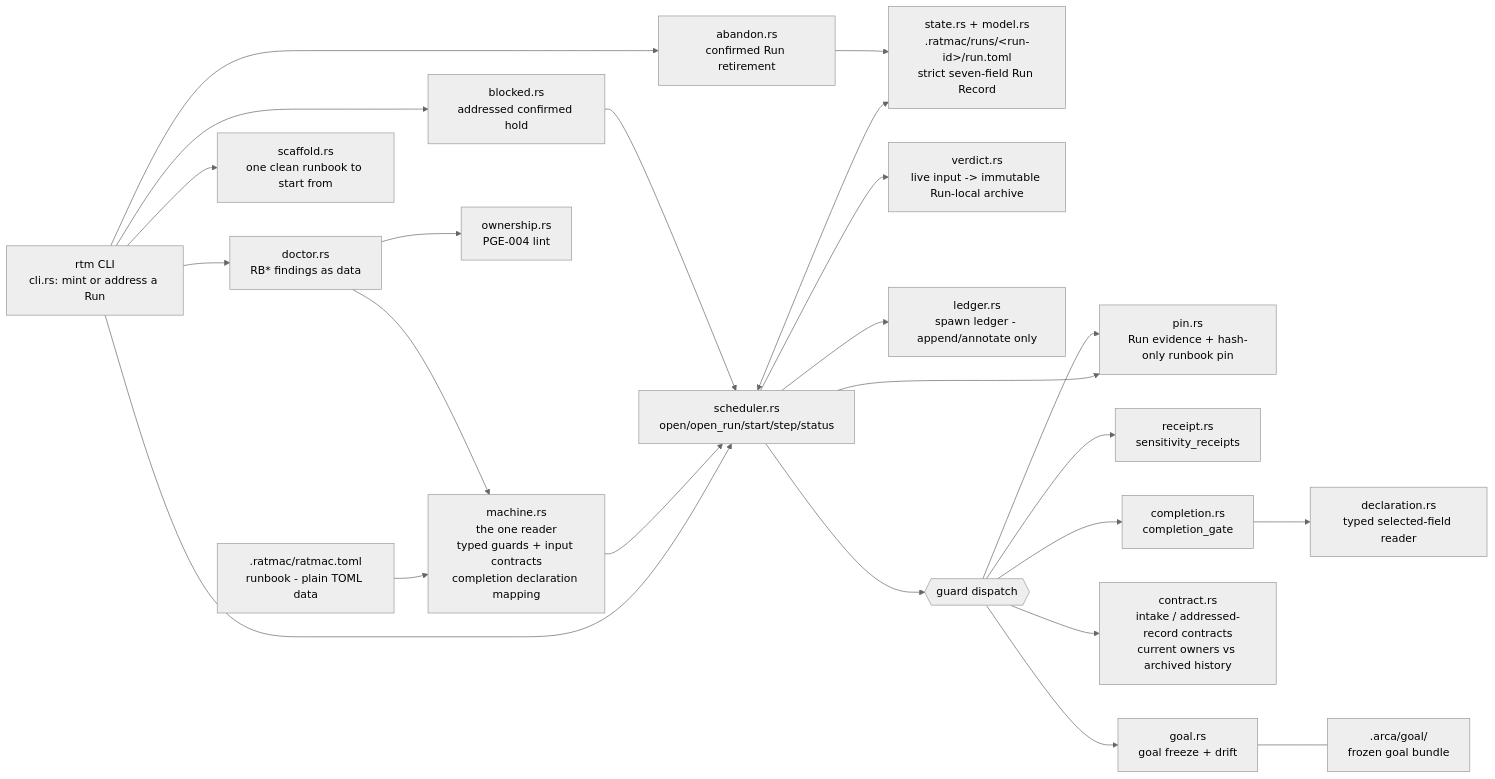
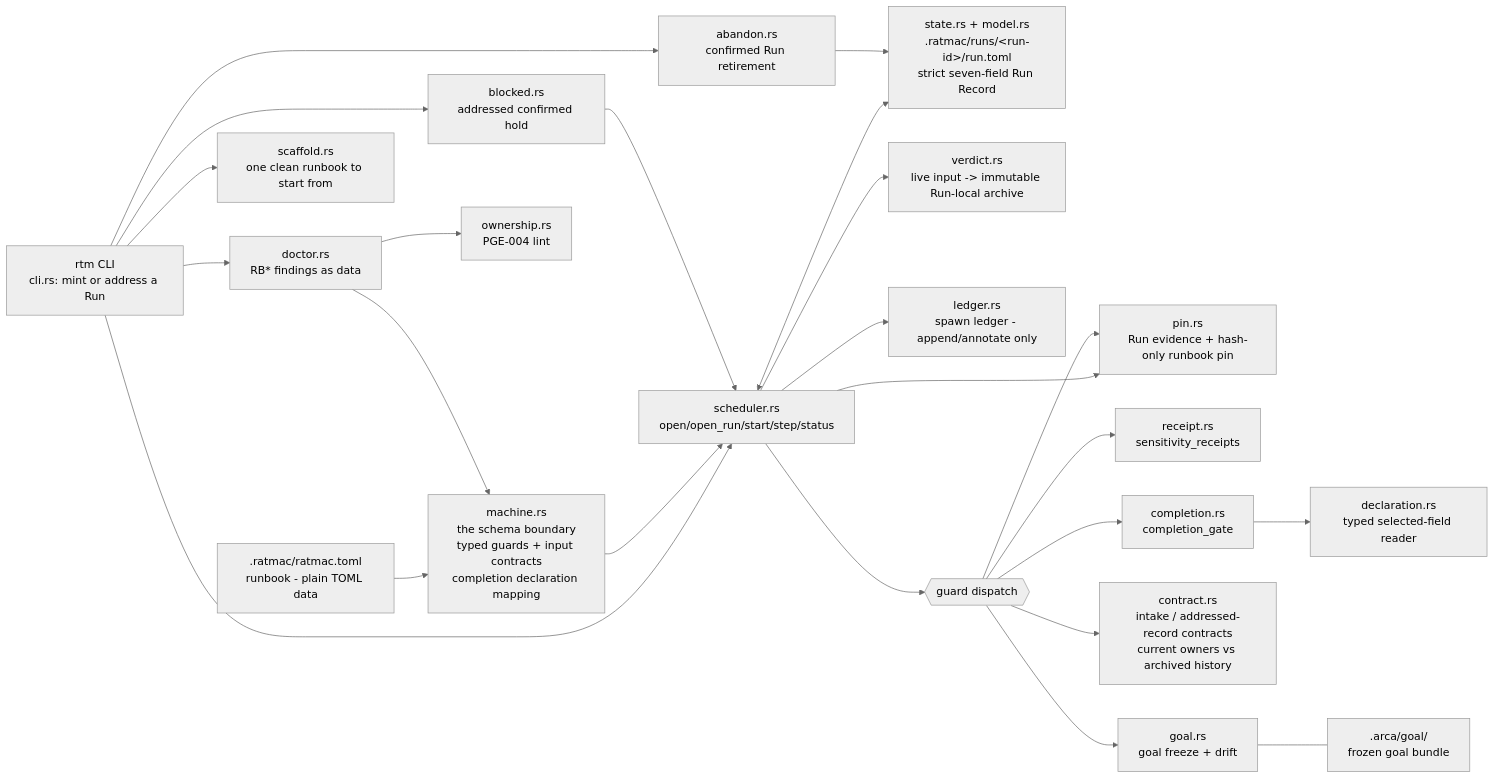
The diagram in .arca/index.md (egoisth777/ratmac), drawn with Mermaid (neutral theme) before and after one commit. The commit also changed other lines of this file and 92 other files, not shown here.

````diff
--- a/.arca/index.md
+++ b/.arca/index.md
@@ -58,26 +58,26 @@
 ```mermaid
 flowchart LR
     CLI["rtm CLI<br/>cli.rs: mint or address a Run"] --> SCH["scheduler.rs<br/>open/open_run/start/step/status"]
-    RB[".ratmac/ratmac.toml<br/>runbook - plain TOML data"] --> MC["machine.rs<br/>the one reader<br/>typed guards + input contracts<br/>completion declaration mapping"]
+    RB[".ratmac/ratmac.toml<br/>runbook - plain TOML data"] --> MC["machine.rs<br/>the schema boundary<br/>typed guards + input contracts<br/>completion declaration mapping"]
     MC --> SCH
     SCH <--> ST["state.rs + model.rs<br/>.ratmac/runs/&lt;run-id&gt;/run.toml<br/>strict seven-field Run Record"]
     SCH --> PIN["pin.rs<br/>Run evidence + hash-only runbook pin"]
     SCH --> VER["verdict.rs<br/>live input -> immutable Run-local archive"]
     SCH --> LED["ledger.rs<br/>spawn ledger - append/annotate only"]
     SCH --> G{{guard dispatch}}
     G --> PIN
     G --> REC["receipt.rs<br/>sensitivity_receipts"]
     G --> COM["completion.rs<br/>completion_gate"]
     COM --> DEC["declaration.rs<br/>typed selected-field reader"]
     G --> CON["contract.rs<br/>intake / addressed-record contracts<br/>current owners vs archived history"]
     G --> GOL["goal.rs<br/>goal freeze + drift"]
     CLI --> HLD["blocked.rs<br/>addressed confirmed hold"]
     HLD --> SCH
     CLI --> ABN["abandon.rs<br/>confirmed Run retirement"]
     ABN --> ST
     GOL --- GB[".arca/goal/<br/>frozen goal bundle"]
     CLI --> DOC["doctor.rs<br/>RB* findings as data"]
     CLI --> SCA["scaffold.rs<br/>one clean runbook to start from"]
     DOC --> MC
     DOC --> OWN["ownership.rs<br/>PGE-004 lint"]
 ```
````
